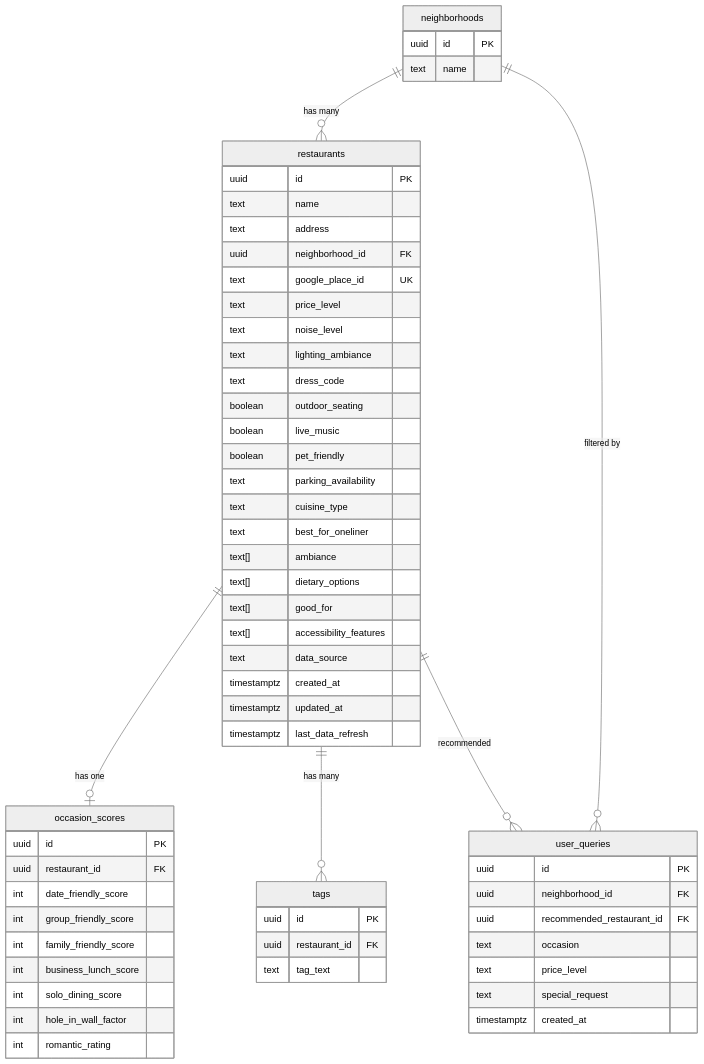
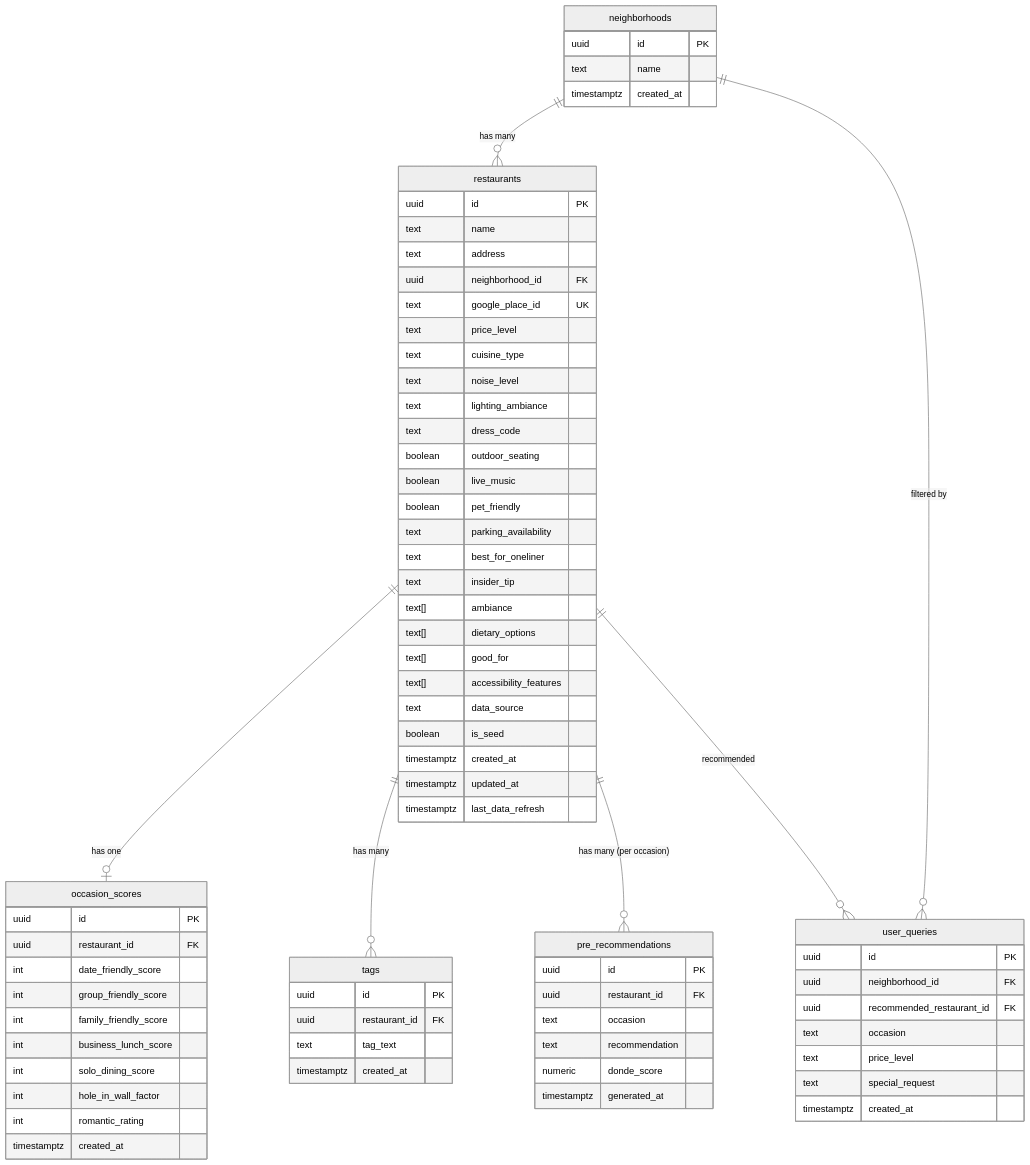
The sixth of 10 diagrams in docs/system-architecture.md (aacrit/dondeBackend), drawn with Mermaid (neutral theme) before and after one commit. The commit also changed other lines of this file, not shown here.

First line of the commit message:
Update system architecture to reflect current optimized design

````diff
--- a/docs/system-architecture.md
+++ b/docs/system-architecture.md
@@ -167,67 +217,82 @@
 ```mermaid
 erDiagram
     neighborhoods {
         uuid id PK
         text name
+        timestamptz created_at
     }
 
     restaurants {
         uuid id PK
         text name
         text address
         uuid neighborhood_id FK
         text google_place_id UK
         text price_level
+        text cuisine_type
         text noise_level
         text lighting_ambiance
         text dress_code
         boolean outdoor_seating
         boolean live_music
         boolean pet_friendly
         text parking_availability
-        text cuisine_type
         text best_for_oneliner
+        text insider_tip
         text[] ambiance
         text[] dietary_options
         text[] good_for
         text[] accessibility_features
         text data_source
+        boolean is_seed
         timestamptz created_at
         timestamptz updated_at
         timestamptz last_data_refresh
     }
 
     occasion_scores {
         uuid id PK
         uuid restaurant_id FK
         int date_friendly_score
         int group_friendly_score
         int family_friendly_score
         int business_lunch_score
         int solo_dining_score
         int hole_in_wall_factor
         int romantic_rating
+        timestamptz created_at
     }
 
     tags {
         uuid id PK
         uuid restaurant_id FK
         text tag_text
+        timestamptz created_at
+    }
+
+    pre_recommendations {
+        uuid id PK
+        uuid restaurant_id FK
+        text occasion
+        text recommendation
+        numeric donde_score
+        timestamptz generated_at
     }
 
     user_queries {
         uuid id PK
         uuid neighborhood_id FK
         uuid recommended_restaurant_id FK
         text occasion
         text price_level
         text special_request
         timestamptz created_at
     }
 
     neighborhoods ||--o{ restaurants : "has many"
     restaurants ||--o| occasion_scores : "has one"
     restaurants ||--o{ tags : "has many"
+    restaurants ||--o{ pre_recommendations : "has many (per occasion)"
     neighborhoods ||--o{ user_queries : "filtered by"
     restaurants ||--o{ user_queries : "recommended"
 ```
````
